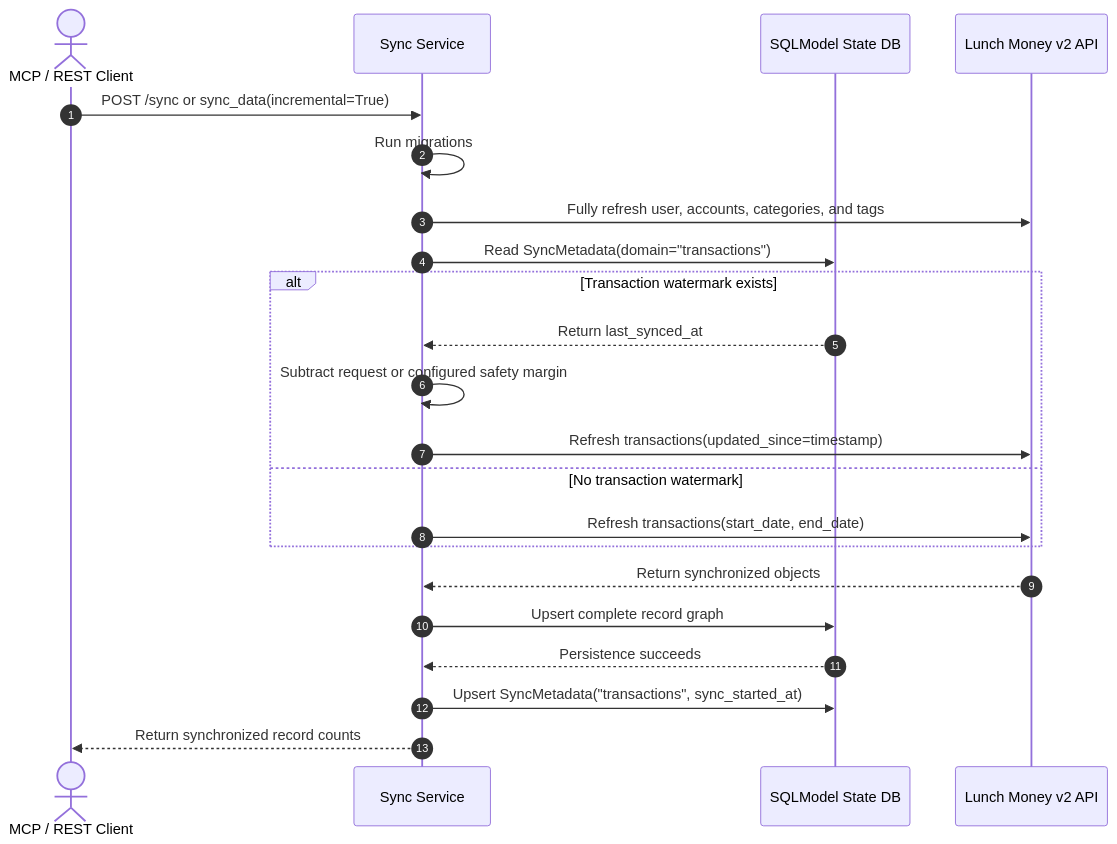
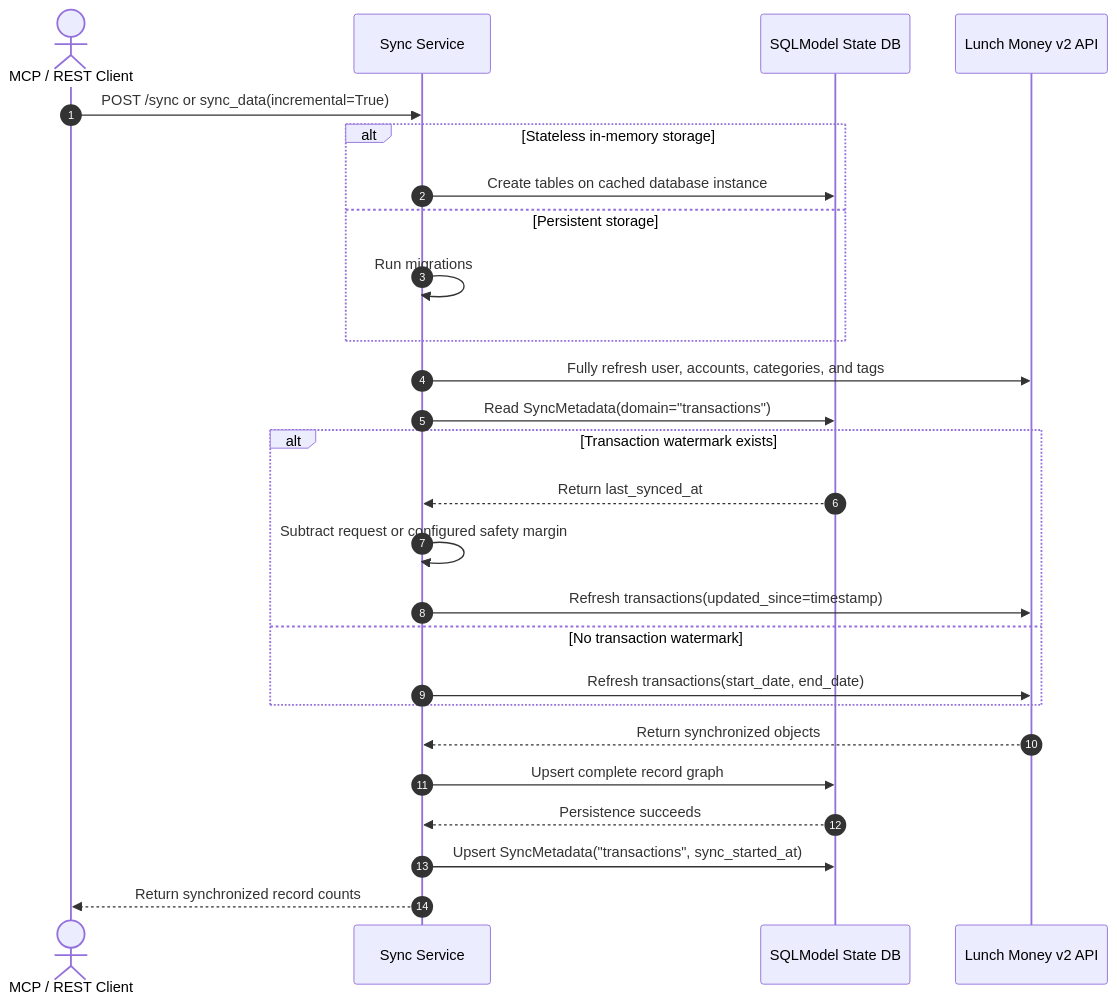
Before and after one commit to juftin/lunchmoney-app: the diagram in docs/INCREMENTAL_ETL.md, drawn with Mermaid. The commit also changed other lines of this file and 6 other files, not shown here.

Commit message:
🐛 Fix stateless schema initialization

````diff
--- a/docs/INCREMENTAL_ETL.md
+++ b/docs/INCREMENTAL_ETL.md
@@ -41,26 +41,30 @@
 ```mermaid
 sequenceDiagram
     autonumber
     actor Client as MCP / REST Client
     participant Service as Sync Service
     participant DB as SQLModel State DB
     participant API as Lunch Money v2 API
 
     Client->>Service: POST /sync or sync_data(incremental=True)
-    Service->>Service: Run migrations
+    alt Stateless in-memory storage
+        Service->>DB: Create tables on cached database instance
+    else Persistent storage
+        Service->>Service: Run migrations
+    end
     Service->>API: Fully refresh user, accounts, categories, and tags
     Service->>DB: Read SyncMetadata(domain="transactions")
     alt Transaction watermark exists
         DB-->>Service: Return last_synced_at
         Service->>Service: Subtract request or configured safety margin
         Service->>API: Refresh transactions(updated_since=timestamp)
     else No transaction watermark
         Service->>API: Refresh transactions(start_date, end_date)
     end
 
     API-->>Service: Return synchronized objects
     Service->>DB: Upsert complete record graph
     DB-->>Service: Persistence succeeds
     Service->>DB: Upsert SyncMetadata("transactions", sync_started_at)
     Service-->>Client: Return synchronized record counts
 ```
````
